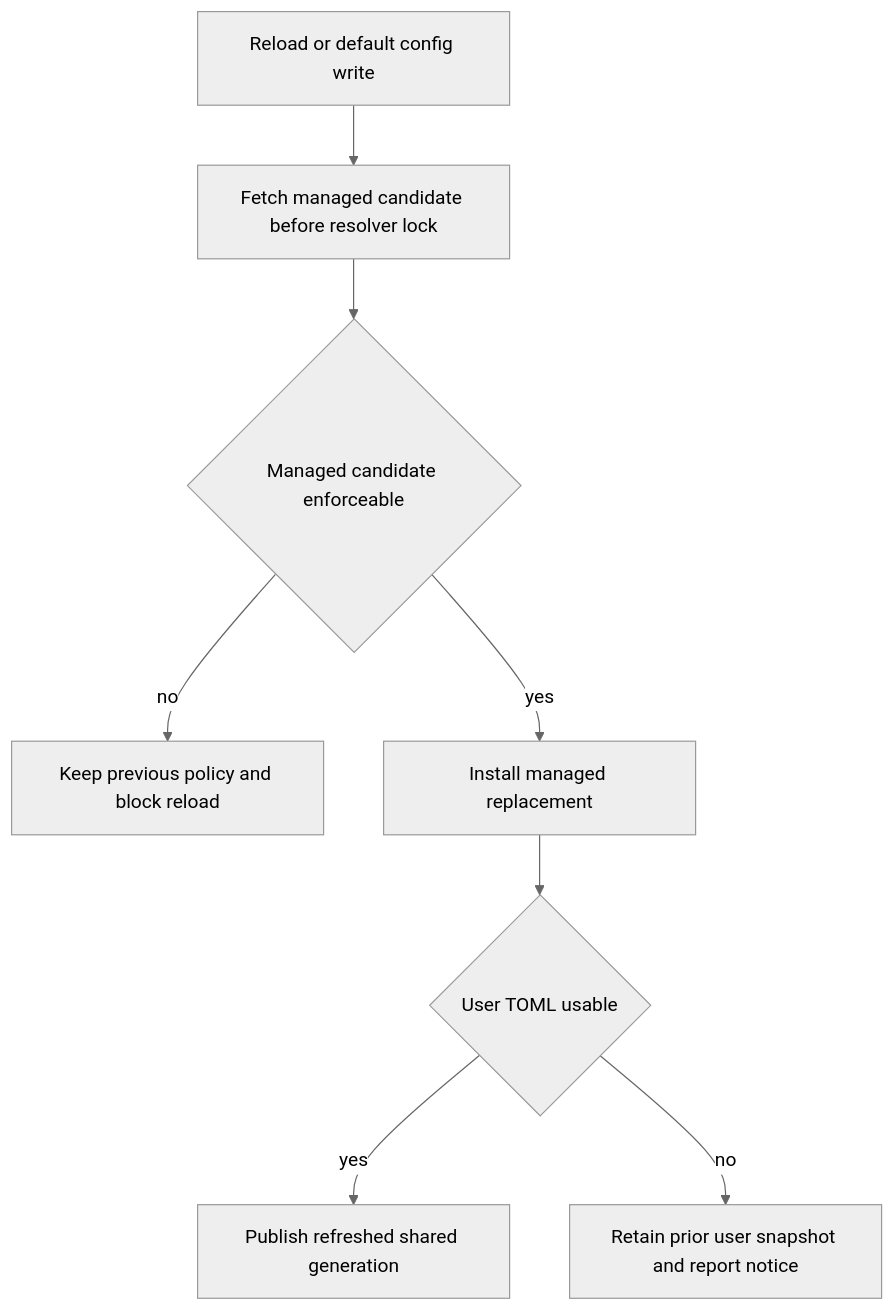
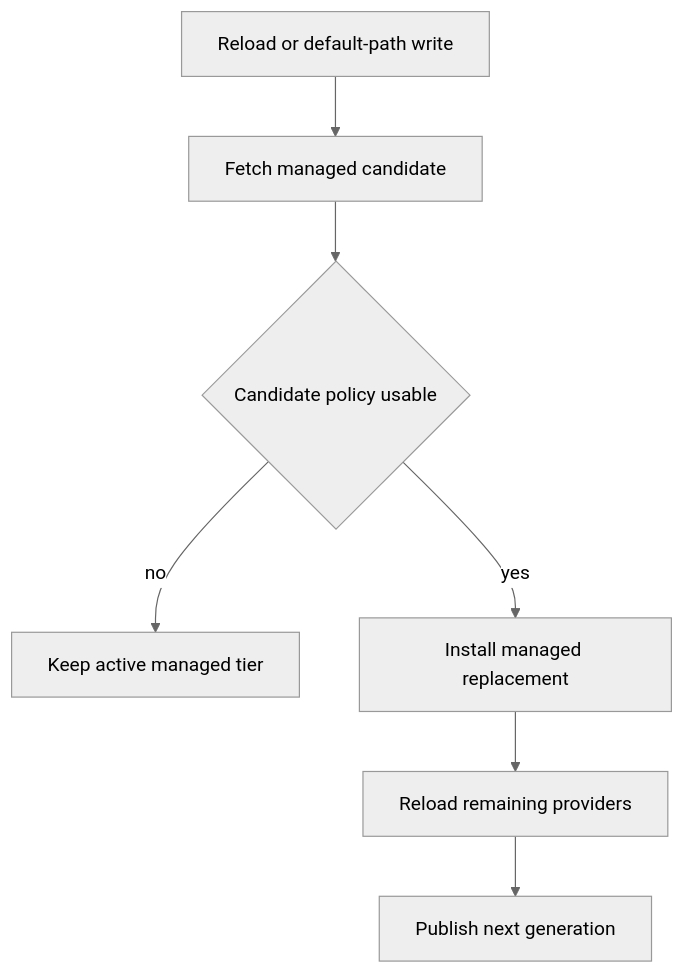
One commit to langchain-ai/deepagents changed the second of 3 diagrams in openwiki/concepts/config-layering.md. Above: the diagram before and after it, drawn with Mermaid (neutral theme). The commit also changed other lines of this file and 67 other files, not shown here.

````diff
--- a/openwiki/concepts/config-layering.md
+++ b/openwiki/concepts/config-layering.md
@@ -80,10 +76,9 @@
 ```mermaid
 flowchart TD
-    A["Reload or default config write"] --> B["Fetch managed candidate before resolver lock"]
-    B --> C{"Managed candidate enforceable"}
-    C -->|"no"| D["Keep previous policy and block reload"]
-    C -->|"yes"| E["Install managed replacement"]
-    E --> F{"User TOML usable"}
-    F -->|"yes"| G["Publish refreshed shared generation"]
-    F -->|"no"| H["Retain prior user snapshot and report notice"]
+    A["Reload or default-path write"] --> B["Fetch managed candidate"]
+    B --> C{"Candidate policy usable"}
+    C -->|"no"| K["Keep active managed tier"]
+    C -->|"yes"| I["Install managed replacement"]
+    I --> J["Reload remaining providers"]
+    J --> P["Publish next generation"]
 ```
````
